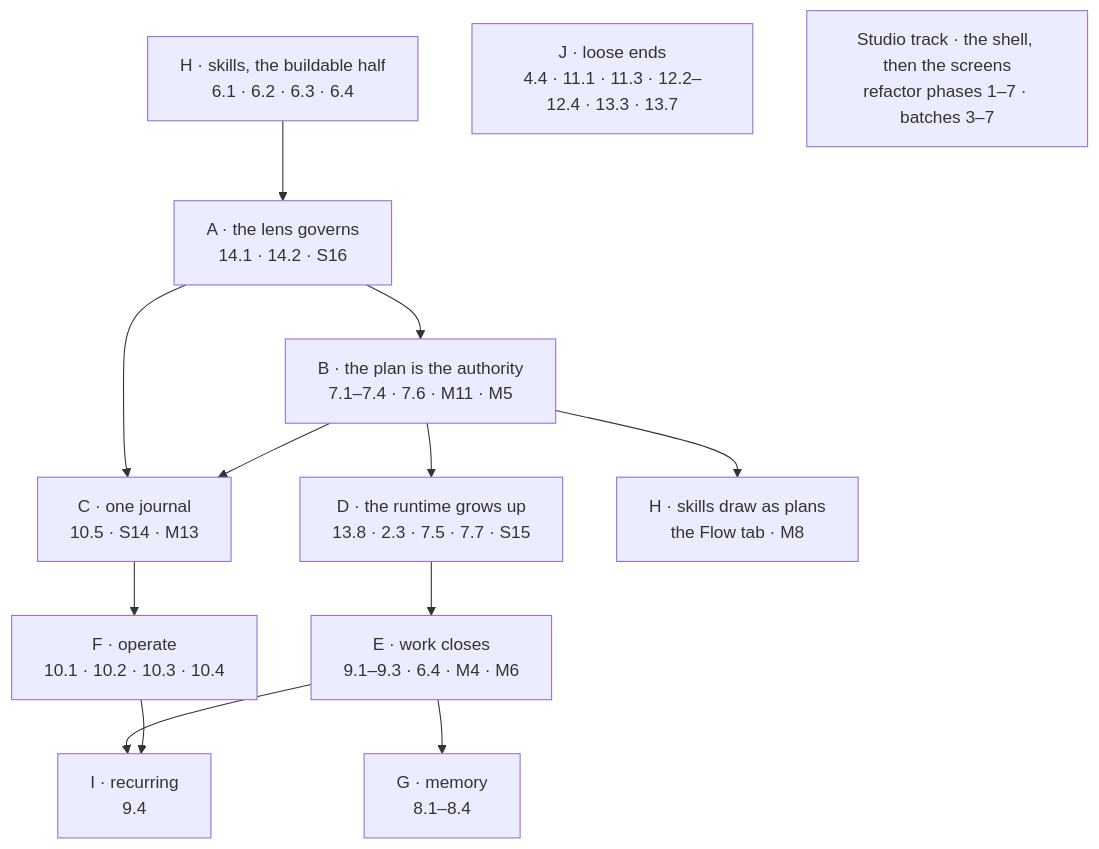
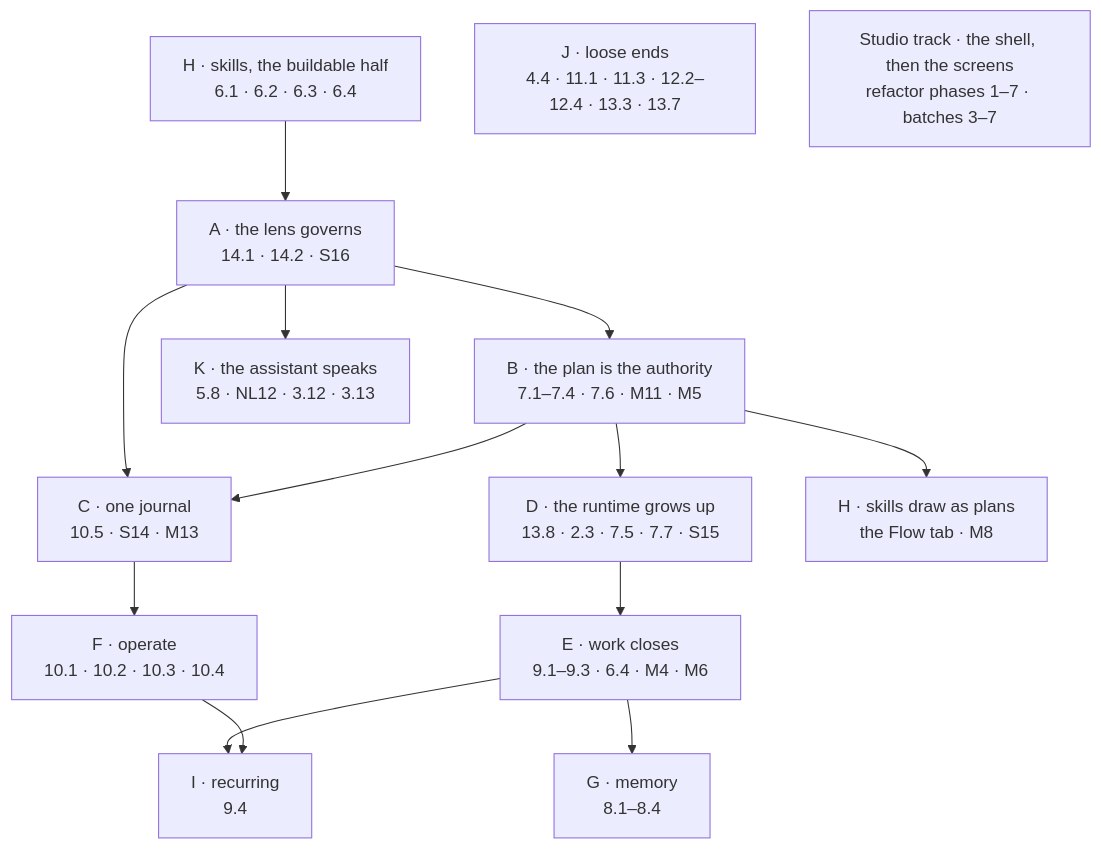
One commit to invana/invana changed the diagram in docs/for-developers/the-sequence.md. Above: the diagram before and after it, drawn with Mermaid. The commit also changed other lines of this file and 6 other files, not shown here.

````diff
--- a/docs/for-developers/the-sequence.md
+++ b/docs/for-developers/the-sequence.md
@@ -67,16 +67,17 @@
 ```mermaid
 flowchart TD
     H0["H · skills, the buildable half<br/>6.1 · 6.2 · 6.3 · 6.4"] --> A["A · the lens governs<br/>14.1 · 14.2 · S16"]
     A --> B["B · the plan is the authority<br/>7.1–7.4 · 7.6 · M11 · M5"]
     A --> C["C · one journal<br/>10.5 · S14 · M13"]
     B --> C
     B --> D["D · the runtime grows up<br/>13.8 · 2.3 · 7.5 · 7.7 · S15"]
     B --> H["H · skills draw as plans<br/>the Flow tab · M8"]
     C --> F["F · operate<br/>10.1 · 10.2 · 10.3 · 10.4"]
     D --> E["E · work closes<br/>9.1–9.3 · 6.4 · M4 · M6"]
     E --> G["G · memory<br/>8.1–8.4"]
     E --> I["I · recurring<br/>9.4"]
     F --> I
     J["J · loose ends<br/>4.4 · 11.1 · 11.3 · 12.2–12.4 · 13.3 · 13.7"]
     S["Studio track · the shell, then the screens<br/>refactor phases 1–7 · batches 3–7"]
+    A --> K["K · the assistant speaks<br/>5.8 · NL12 · 3.12 · 3.13"]
 ```
````
